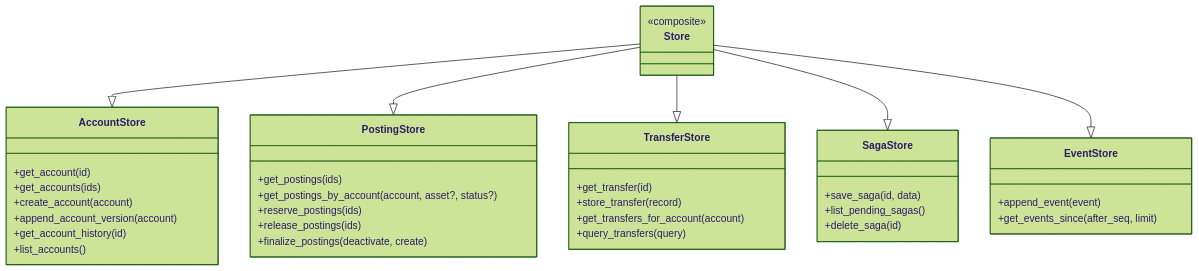
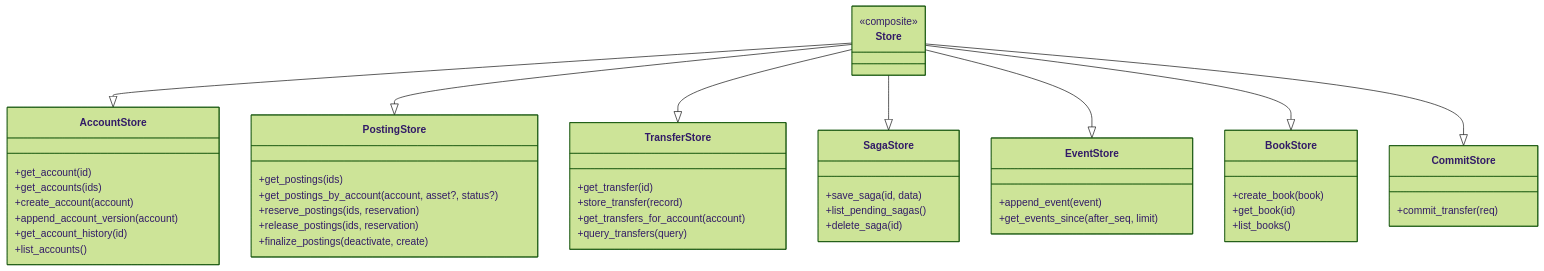
Before and after one commit to crodas/kuatia: the second of 6 diagrams in doc/architecture.md, drawn with Mermaid (forest theme). The commit also changed other lines of this file and 30 other files, not shown here.

````diff
--- a/doc/architecture.md
+++ b/doc/architecture.md
@@ -43,41 +43,51 @@
 ```mermaid
 classDiagram
     class AccountStore {
         +get_account(id)
         +get_accounts(ids)
         +create_account(account)
         +append_account_version(account)
         +get_account_history(id)
         +list_accounts()
     }
     class PostingStore {
         +get_postings(ids)
         +get_postings_by_account(account, asset?, status?)
-        +reserve_postings(ids)
-        +release_postings(ids)
+        +reserve_postings(ids, reservation)
+        +release_postings(ids, reservation)
         +finalize_postings(deactivate, create)
     }
     class TransferStore {
         +get_transfer(id)
         +store_transfer(record)
         +get_transfers_for_account(account)
         +query_transfers(query)
     }
     class SagaStore {
         +save_saga(id, data)
         +list_pending_sagas()
         +delete_saga(id)
     }
     class EventStore {
         +append_event(event)
         +get_events_since(after_seq, limit)
     }
+    class BookStore {
+        +create_book(book)
+        +get_book(id)
+        +list_books()
+    }
+    class CommitStore {
+        +commit_transfer(req)
+    }
     class Store {
         <<composite>>
     }
     Store --|> AccountStore
     Store --|> PostingStore
     Store --|> TransferStore
     Store --|> SagaStore
     Store --|> EventStore
+    Store --|> BookStore
+    Store --|> CommitStore
 ```
````
